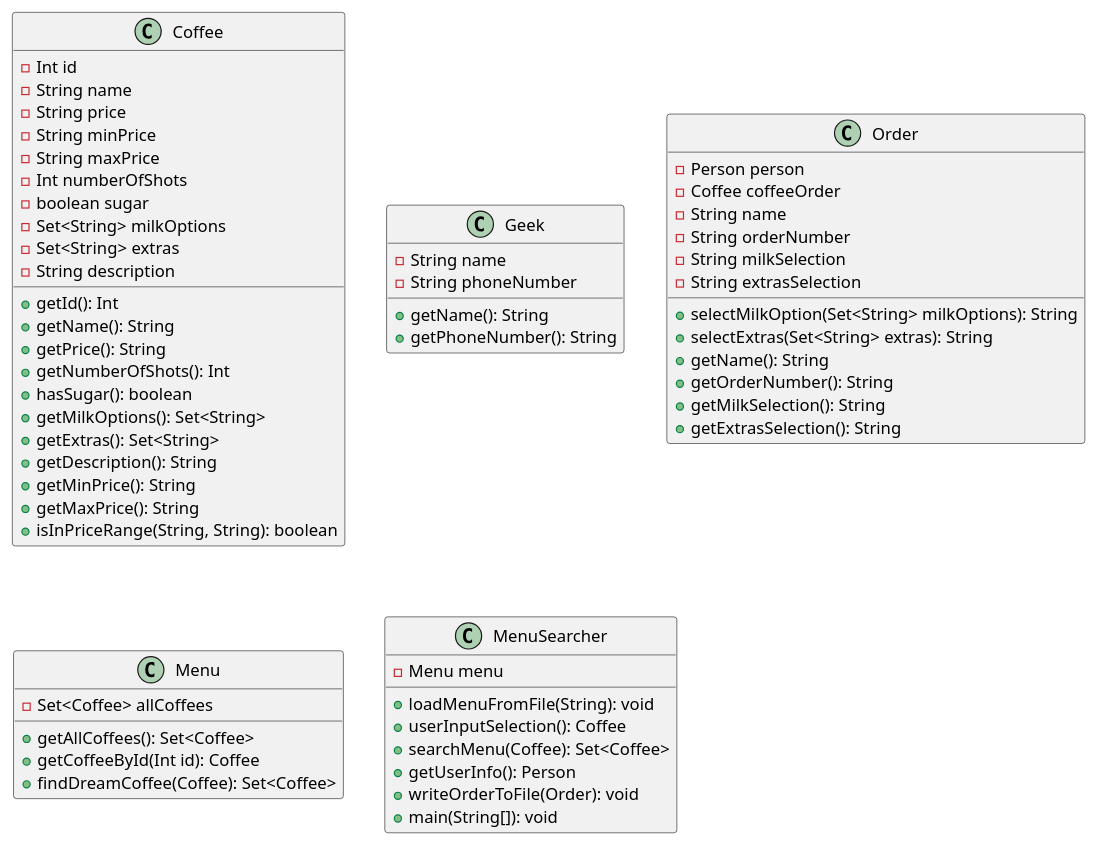
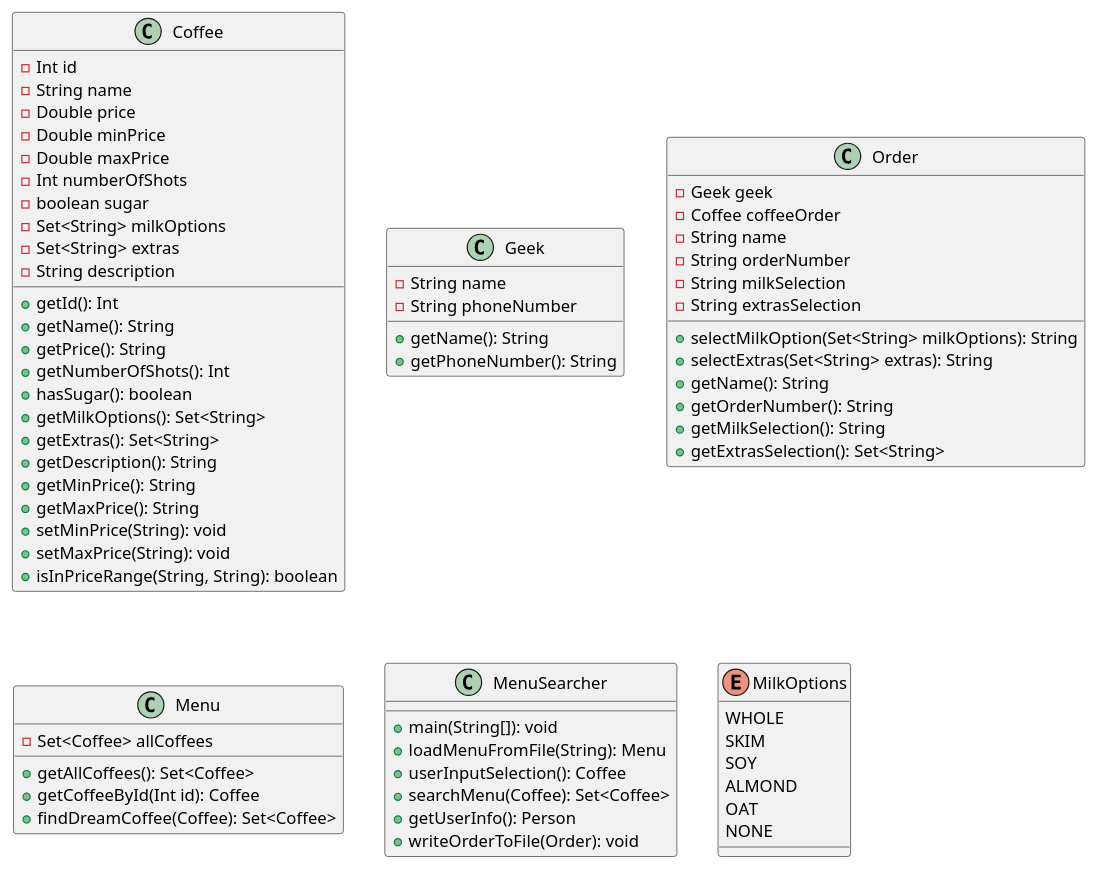
The diagram in assignments/assigment1/design-diagram.md (dangoodie/cosc120), drawn with PlantUML before and after one commit. The commit also changed 6 other files, not shown here.

````diff
--- a/assignments/assigment1/design-diagram.md
+++ b/assignments/assigment1/design-diagram.md
@@ -2,66 +2,76 @@
 ```plantuml
 @startuml
 class Coffee {
     - Int id
     - String name
-    - String price
-    - String minPrice
-    - String maxPrice
+    - Double price
+    - Double minPrice
+    - Double maxPrice
     - Int numberOfShots
     - boolean sugar
     - Set<String> milkOptions
     - Set<String> extras
     - String description
     + getId(): Int
     + getName(): String
     + getPrice(): String
     + getNumberOfShots(): Int
     + hasSugar(): boolean
     + getMilkOptions(): Set<String>
     + getExtras(): Set<String>
     + getDescription(): String
     + getMinPrice(): String
     + getMaxPrice(): String
+    + setMinPrice(String): void
+    + setMaxPrice(String): void
     + isInPriceRange(String, String): boolean
 }
 
 class Geek {
     - String name
     - String phoneNumber
     + getName(): String
     + getPhoneNumber(): String
 }
 
 class Order {
-    - Person person
+    - Geek geek
     - Coffee coffeeOrder
     - String name
     - String orderNumber
     - String milkSelection
     - String extrasSelection
     + selectMilkOption(Set<String> milkOptions): String
     + selectExtras(Set<String> extras): String
     + getName(): String
     + getOrderNumber(): String
     + getMilkSelection(): String
-    + getExtrasSelection(): String    
+    + getExtrasSelection(): Set<String>    
 }
 
 class Menu {
     - Set<Coffee> allCoffees
     + getAllCoffees(): Set<Coffee>
     + getCoffeeById(Int id): Coffee
     + findDreamCoffee(Coffee): Set<Coffee>
 }
 
 class MenuSearcher {
-    - Menu menu
-    + loadMenuFromFile(String): void
+    + main(String[]): void
+    + loadMenuFromFile(String): Menu
     + userInputSelection(): Coffee
     + searchMenu(Coffee): Set<Coffee>
     + getUserInfo(): Person
     + writeOrderToFile(Order): void
-    + main(String[]): void
+}
+
+enum MilkOptions {
+    WHOLE
+    SKIM
+    SOY
+    ALMOND
+    OAT
+    NONE
 }
 
 ```
````
